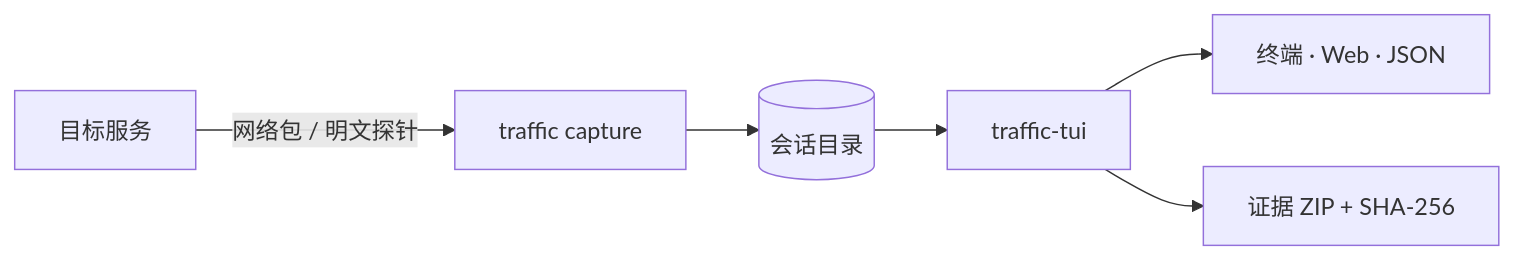
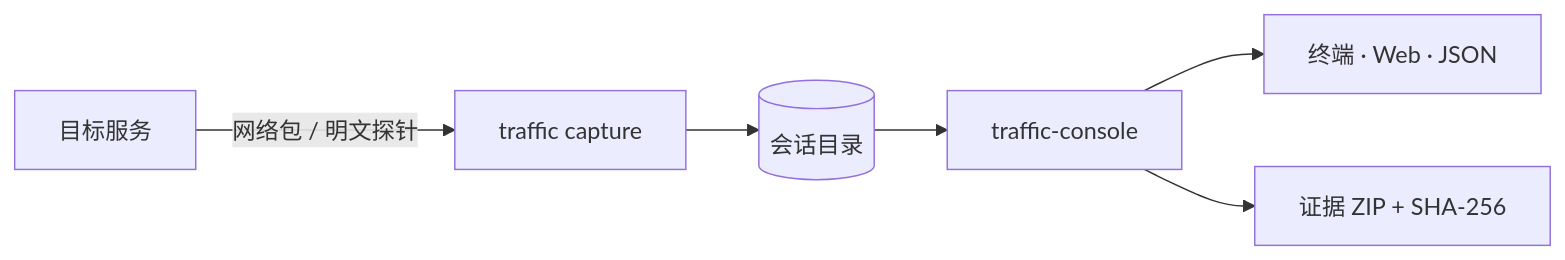
Before and after one commit to Sunmedalia/traffic: the diagram in README.md, drawn with Mermaid. The commit also changed other lines of this file and 51 other files, not shown here.

````diff
--- a/README.md
+++ b/README.md
@@ -35,8 +35,8 @@
 ```mermaid
 flowchart LR
     A[目标服务] -->|网络包 / 明文探针| B[traffic capture]
     B --> C[(会话目录)]
-    C --> D[traffic-tui]
+    C --> D[traffic-console]
     D --> E[终端 · Web · JSON]
     D --> F[证据 ZIP + SHA-256]
 ```
````
